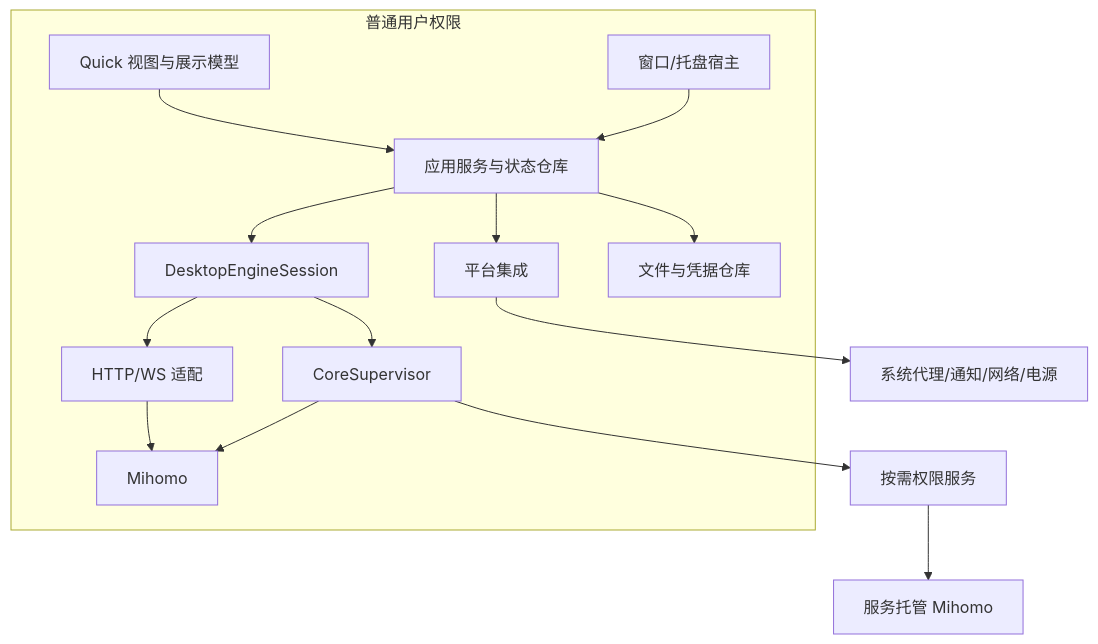
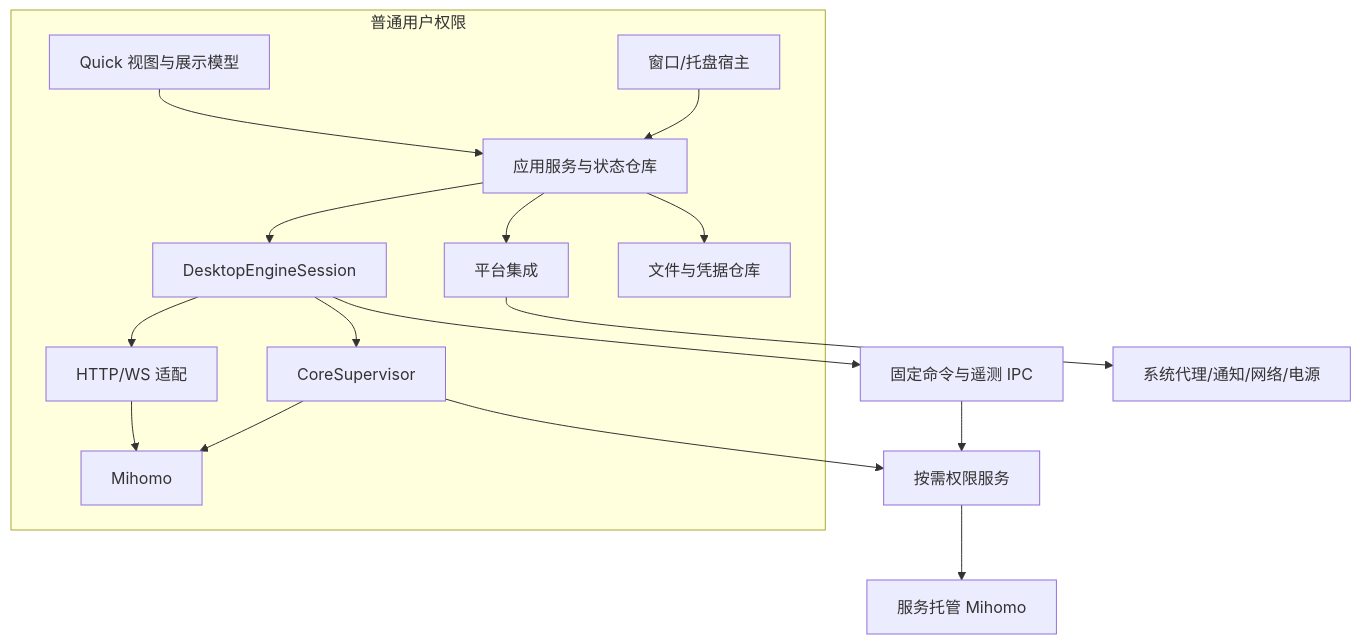
The diagram in docs/design/02-总体架构与运行模型.md (junliangdg/quick-clash), drawn with Mermaid before and after one commit. The commit also changed other lines of this file and 38 other files, not shown here.

````diff
--- a/docs/design/02-总体架构与运行模型.md
+++ b/docs/design/02-总体架构与运行模型.md
@@ -22,17 +24,19 @@
 ```mermaid
 flowchart TB
     subgraph USER[普通用户权限]
         UI[Quick 视图与展示模型] --> APP[应用服务与状态仓库]
         TRAY[窗口/托盘宿主] --> APP
         APP --> ES[DesktopEngineSession]
         APP --> PI[平台集成]
         APP --> REPO[文件与凭据仓库]
         ES --> API[HTTP/WS 适配]
         ES --> SUP[CoreSupervisor]
         API --> CORE[Mihomo]
         SUP --> CORE
     end
     SUP --> HELPER[按需权限服务]
+    ES --> IPC[固定命令与遥测 IPC]
+    IPC --> HELPER
     HELPER --> PRIVCORE[服务托管 Mihomo]
     PI --> OS[系统代理/通知/网络/电源]
 ```
````
